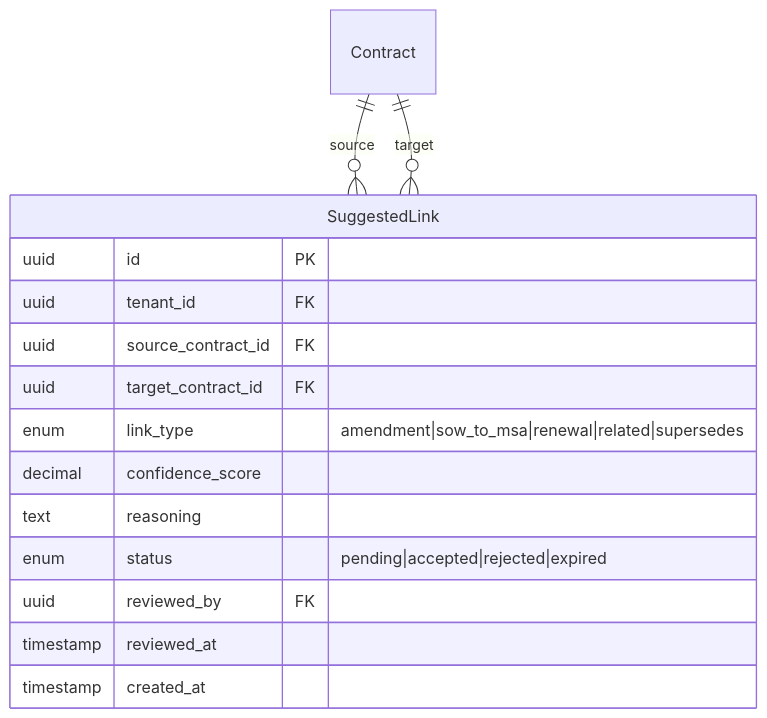
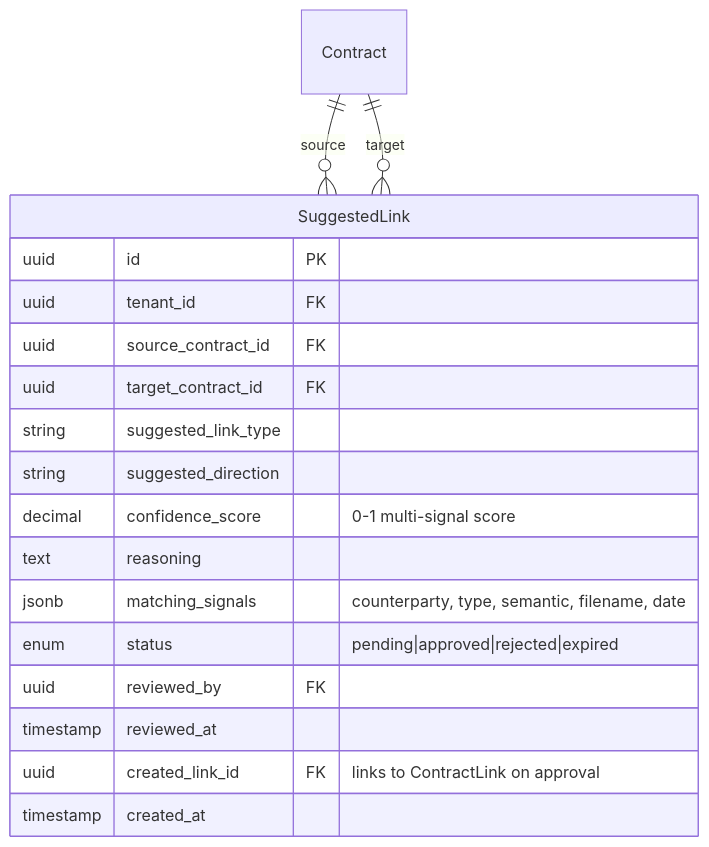
Diagram 21 of 33 in docs/DATA_MODEL.md (jjayarajdev/clm-evaluetor), drawn with Mermaid before and after one commit. The commit also changed other lines of this file and 6 other files, not shown here.

First line of the commit message:
docs: Update all project docs with schema library, contract linking, and metadata extraction progress

````diff
--- a/docs/DATA_MODEL.md
+++ b/docs/DATA_MODEL.md
@@ -918,19 +921,22 @@
 ```mermaid
 erDiagram
     Contract ||--o{ SuggestedLink : "source"
     Contract ||--o{ SuggestedLink : "target"
 
     SuggestedLink {
         uuid id PK
         uuid tenant_id FK
         uuid source_contract_id FK
         uuid target_contract_id FK
-        enum link_type "amendment|sow_to_msa|renewal|related|supersedes"
-        decimal confidence_score
+        string suggested_link_type
+        string suggested_direction
+        decimal confidence_score "0-1 multi-signal score"
         text reasoning
-        enum status "pending|accepted|rejected|expired"
+        jsonb matching_signals "counterparty, type, semantic, filename, date"
+        enum status "pending|approved|rejected|expired"
         uuid reviewed_by FK
         timestamp reviewed_at
+        uuid created_link_id FK "links to ContractLink on approval"
         timestamp created_at
     }
 ```
````
